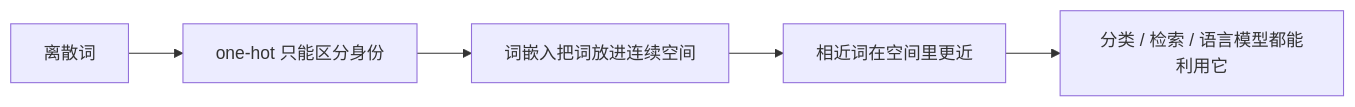
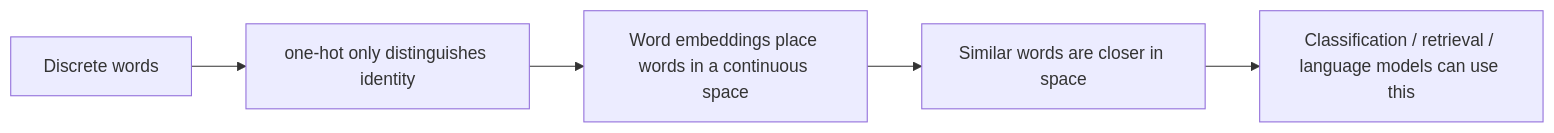
Before and after one commit to oudbiao/AI-fullstack-course: the diagram in docs/ch11-nlp/ch02-embeddings/01-word-embedding.md, drawn with Mermaid. The commit also changed other lines of this file and 1406 other files, not shown here.

````diff
--- a/docs/ch11-nlp/ch02-embeddings/01-word-embedding.md
+++ b/docs/ch11-nlp/ch02-embeddings/01-word-embedding.md
@@ -60,7 +60,7 @@
 ```mermaid
 flowchart LR
-    A["离散词"] --> B["one-hot 只能区分身份"]
-    B --> C["词嵌入把词放进连续空间"]
-    C --> D["相近词在空间里更近"]
-    D --> E["分类 / 检索 / 语言模型都能利用它"]
+    A["Discrete words"] --> B["one-hot only distinguishes identity"]
+    B --> C["Word embeddings place words in a continuous space"]
+    C --> D["Similar words are closer in space"]
+    D --> E["Classification / retrieval / language models can use this"]
 ```
````
